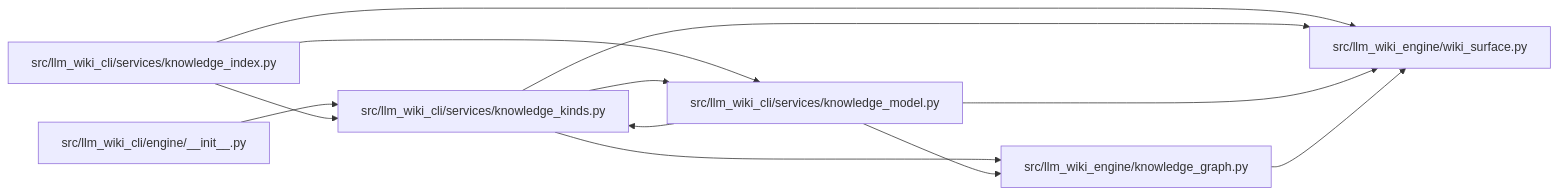
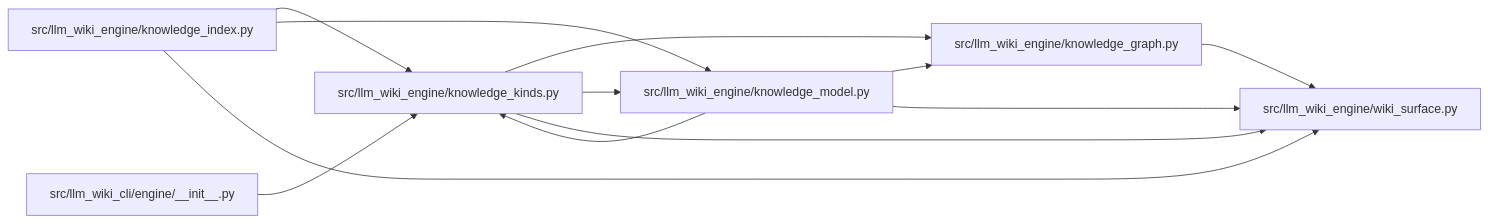
Before and after one commit to Denissvgn/python-wiki-llm: the diagram in docs/llm_wiki/modules/knowledge_kinds.md, drawn with Mermaid. The commit also changed other lines of this file and 1058 other files, not shown here.

First line of the commit message:
docs: refresh the wiki for the knowledge store move

````diff
--- a/docs/llm_wiki/modules/knowledge_kinds.md
+++ b/docs/llm_wiki/modules/knowledge_kinds.md
@@ -47,26 +47,26 @@
 ```mermaid
 flowchart LR
     n0["src/llm_wiki_cli/engine/__init__.py"]
-    n1["src/llm_wiki_cli/services/knowledge_index.py"]
-    n2["src/llm_wiki_cli/services/knowledge_kinds.py"]
-    n3["src/llm_wiki_cli/services/knowledge_model.py"]
-    n4["src/llm_wiki_engine/knowledge_graph.py"]
+    n1["src/llm_wiki_engine/knowledge_graph.py"]
+    n2["src/llm_wiki_engine/knowledge_index.py"]
+    n3["src/llm_wiki_engine/knowledge_kinds.py"]
+    n4["src/llm_wiki_engine/knowledge_model.py"]
     n5["src/llm_wiki_engine/wiki_surface.py"]
-    n0 --> n2
-    n1 --> n2
-    n1 --> n3
+    n0 --> n3
     n1 --> n5
     n2 --> n3
     n2 --> n4
     n2 --> n5
-    n3 --> n2
+    n3 --> n1
     n3 --> n4
     n3 --> n5
+    n4 --> n1
+    n4 --> n3
     n4 --> n5
     click n0 "../modules/engine___init__.md"
-    click n1 "../modules/knowledge_index.md"
-    click n2 "../modules/knowledge_kinds.md"
-    click n3 "../modules/knowledge_model.md"
-    click n4 "../modules/knowledge_graph.md"
+    click n1 "../modules/knowledge_graph.md"
+    click n2 "../modules/knowledge_index.md"
+    click n3 "../modules/knowledge_kinds.md"
+    click n4 "../modules/knowledge_model.md"
     click n5 "../modules/wiki_surface.md"
 ```
````
